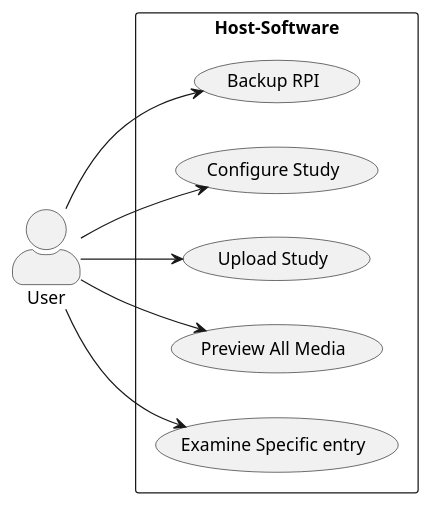
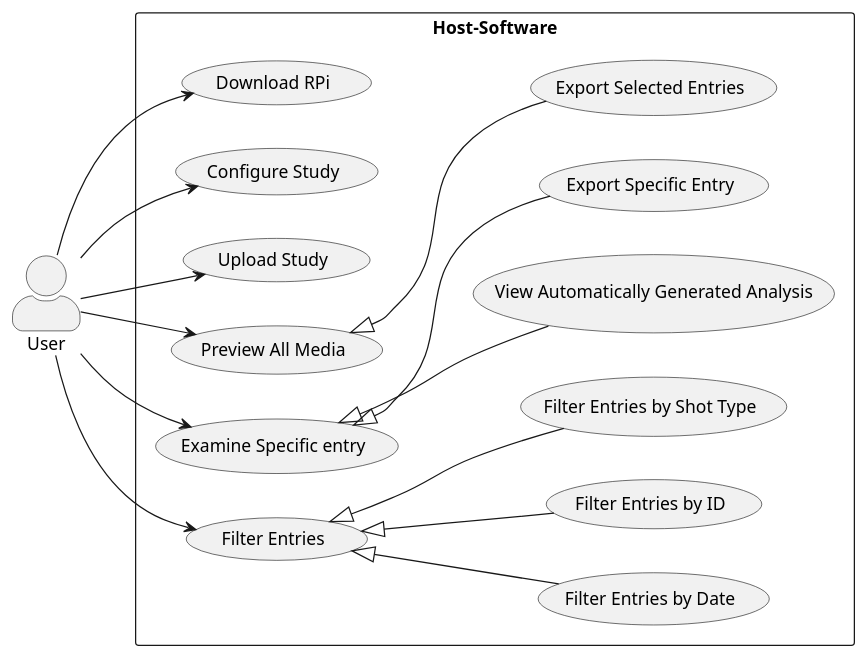
One commit to fabiomatos999/M.O.S.I.S changed the diagram in M.O.S.I.S Host Software/Progress_Report_1/host_ui_use_case.pu. Above: the diagram before and after it, drawn with PlantUML. The commit also changed 15 other files, not shown here.

Commit message:
Fix Communication diagram per use case

```diff
--- a/M.O.S.I.S Host Software/Progress_Report_1/host_ui_use_case.pu
+++ b/M.O.S.I.S Host Software/Progress_Report_1/host_ui_use_case.pu
@@ -1,19 +1,33 @@
 @startuml
 skinparam actorStyle awesome
 left to right direction
 actor User as Use
 rectangle Host-Software {
-	usecase "Backup RPI" as UC1
+	usecase "Download RPi" as UC1
 	usecase "Configure Study" as UC2
 	usecase "Upload Study" as  UC3
 	usecase "Preview All Media" as UC4
+	usecase "Export Selected Entries" as UC4.1
 	usecase "Examine Specific entry" as UC5
+	usecase "View Automatically Generated Analysis" as UC5.1
+	usecase "Export Specific Entry" as UC5.2
+	usecase "Filter Entries" as UC6
+	usecase "Filter Entries by Date" as UC6.1
+	usecase "Filter Entries by ID" as UC6.2
+	usecase "Filter Entries by Shot Type" as UC6.3
 }
 
 Use --> UC1
 Use --> UC2
 Use --> UC3
 Use --> UC4
 Use --> UC5
+Use --> UC6
+UC4 <|-- UC4.1
+UC5 <|-- UC5.1
+UC5 <|-- UC5.2
+UC6 <|-- UC6.1
+UC6 <|-- UC6.2
+UC6 <|-- UC6.3
 
 @enduml
```
